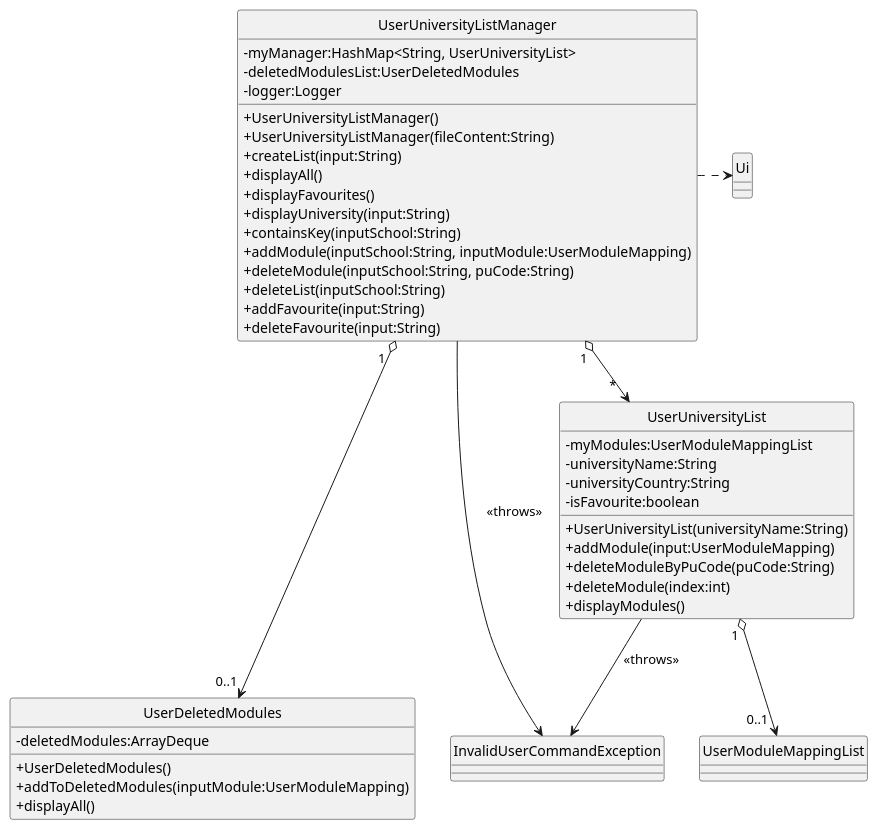
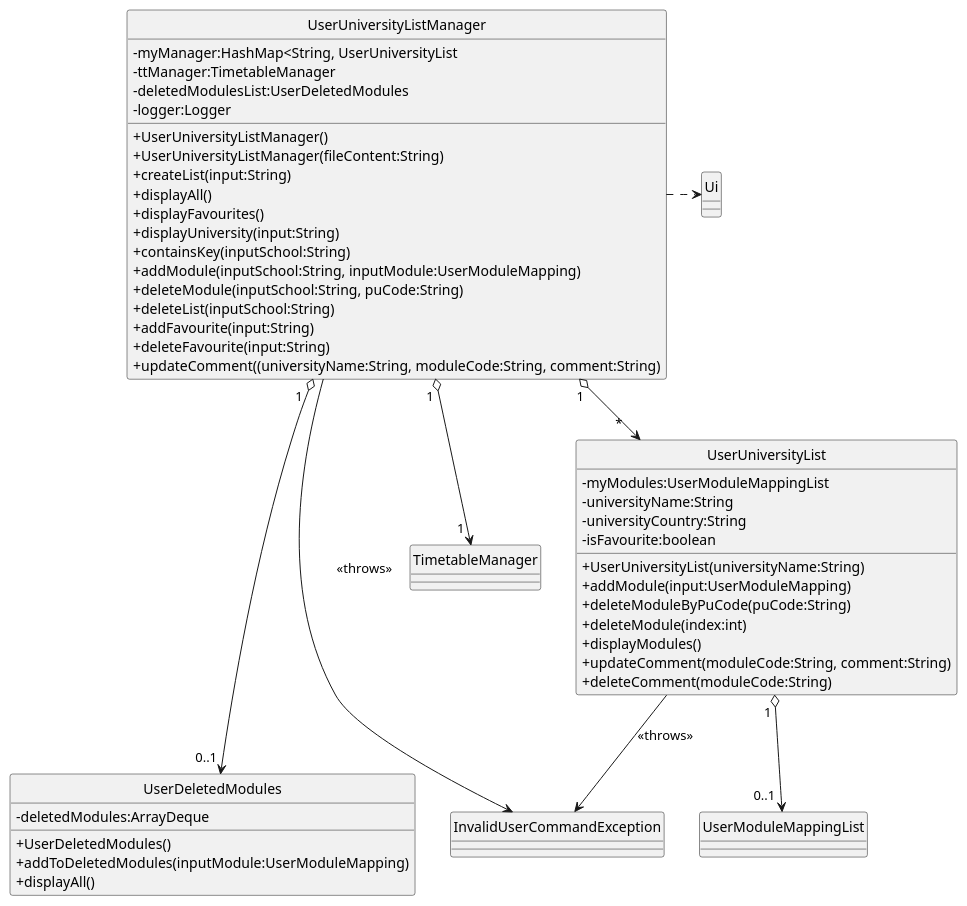
The diagram in docs/diagrams/UserUniversityListManager_Class.puml (nus-cs2113-AY2223S1/tp), drawn with PlantUML before and after one commit. The commit also changed 4 other files, not shown here.

Commit message:
Update UML sequence & class diagrams

```diff
--- a/docs/diagrams/UserUniversityListManager_Class.puml
+++ b/docs/diagrams/UserUniversityListManager_Class.puml
@@ -1,59 +1,67 @@
 @startuml
 'https://plantuml.com/sequence-diagram
 
 hide circle
 skinparam classAttributeIconSize 0
 
 class UserModuleMappingList {
 }
 
 class InvalidUserCommandException {
 }
 
 class UserDeletedModules {
     - deletedModules:ArrayDeque
     + UserDeletedModules()
     + addToDeletedModules(inputModule:UserModuleMapping)
     + displayAll()
 }
 
 class Ui {
 }
 
+class TimetableManager {
+}
+
 class UserUniversityList {
     - myModules:UserModuleMappingList
     - universityName:String
     - universityCountry:String
     - isFavourite:boolean
     + UserUniversityList(universityName:String)
     + addModule(input:UserModuleMapping)
     + deleteModuleByPuCode(puCode:String)
     + deleteModule(index:int)
     + displayModules()
+    + updateComment(moduleCode:String, comment:String)
+    + deleteComment(moduleCode:String)
 }
 
 class UserUniversityListManager {
-    - myManager:HashMap<String, UserUniversityList>
+    - myManager:HashMap<String, UserUniversityList
+    - ttManager:TimetableManager
     - deletedModulesList:UserDeletedModules
     - logger:Logger
     + UserUniversityListManager()
     + UserUniversityListManager(fileContent:String)
     + createList(input:String)
     + displayAll()
     + displayFavourites()
     + displayUniversity(input:String)
     + containsKey(inputSchool:String)
     + addModule(inputSchool:String, inputModule:UserModuleMapping)
     + deleteModule(inputSchool:String, puCode:String)
     + deleteList(inputSchool:String)
     + addFavourite(input:String)
     + deleteFavourite(input:String)
+    + updateComment((universityName:String, moduleCode:String, comment:String)
 }
 
-UserUniversityListManager " 1 " o--> " *  " UserUniversityList
+UserUniversityListManager " 1 " o--> " *   " UserUniversityList
 UserUniversityListManager " 1  " o---> " 0..1 " UserDeletedModules
 UserUniversityList " 1 " o--> "0..1 " UserModuleMappingList
 UserUniversityListManager -> InvalidUserCommandException :<<throws>>
 UserUniversityList --> InvalidUserCommandException :<<throws>>
 UserUniversityListManager .> Ui
+UserUniversityListManager " 1 " o--> " 1 " TimetableManager
 @enduml
```
